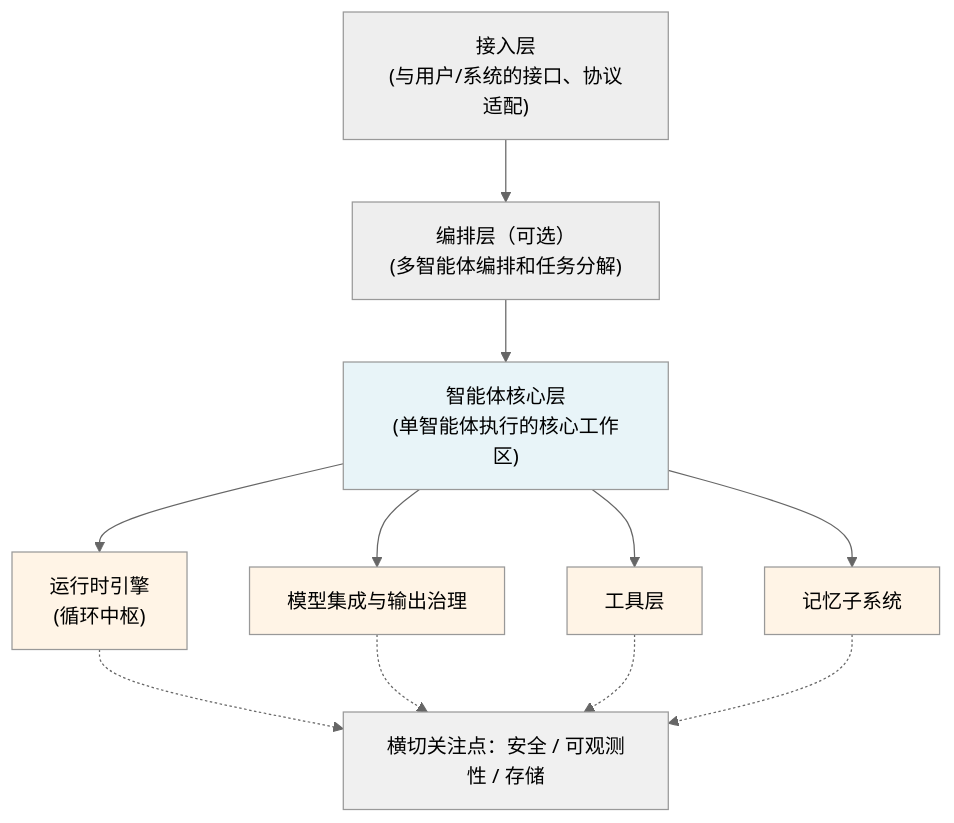
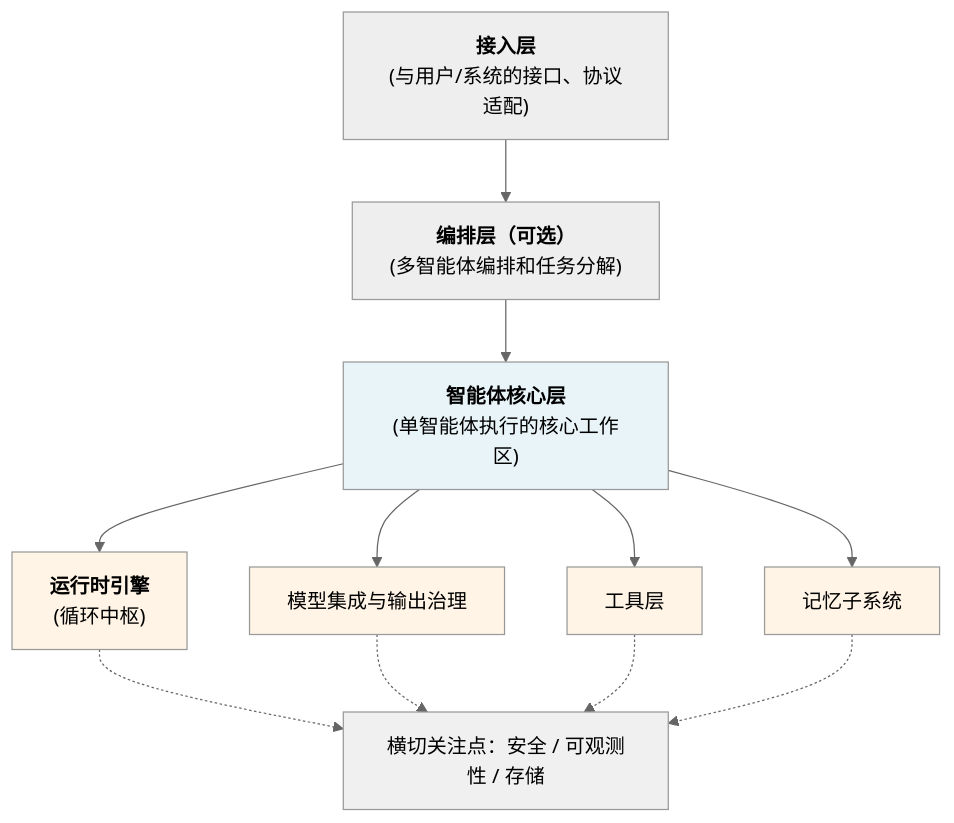
Before and after one commit to yeasy/harness_engineering_guide: the first of 3 diagrams in 02_architecture/summary.md, drawn with Mermaid (neutral theme). The commit also changed other lines of this file and 26 other files, not shown here.

Commit message:
Add bold titles to Mermaid diagram nodes

````diff
--- a/02_architecture/summary.md
+++ b/02_architecture/summary.md
@@ -9,30 +9,30 @@
 ```mermaid
 graph TB
-    A["接入层<br/>(与用户/系统的接口、协议适配)"]
-    B["编排层（可选）<br/>(多智能体编排和任务分解)"]
-    C["智能体核心层<br/>(单智能体执行的核心工作区)"]
-    D["运行时引擎<br/>(循环中枢)"]
+    A["<b>接入层</b><br/>(与用户/系统的接口、协议适配)"]
+    B["<b>编排层（可选）</b><br/>(多智能体编排和任务分解)"]
+    C["<b>智能体核心层</b><br/>(单智能体执行的核心工作区)"]
+    D["<b>运行时引擎</b><br/>(循环中枢)"]
     E["模型集成与输出治理"]
     F["工具层"]
     G["记忆子系统"]
     H["横切关注点：安全 / 可观测性 / 存储"]
 
     A --> B
     B --> C
     C --> D
     C --> E
     C --> F
     C --> G
 
     D -.-> H
     E -.-> H
     F -.-> H
     G -.-> H
 
     style C fill:#e8f4f8
     style D fill:#fff4e6
     style E fill:#fff4e6
     style F fill:#fff4e6
     style G fill:#fff4e6
     style H fill:#f0f0f0
 ```
````
